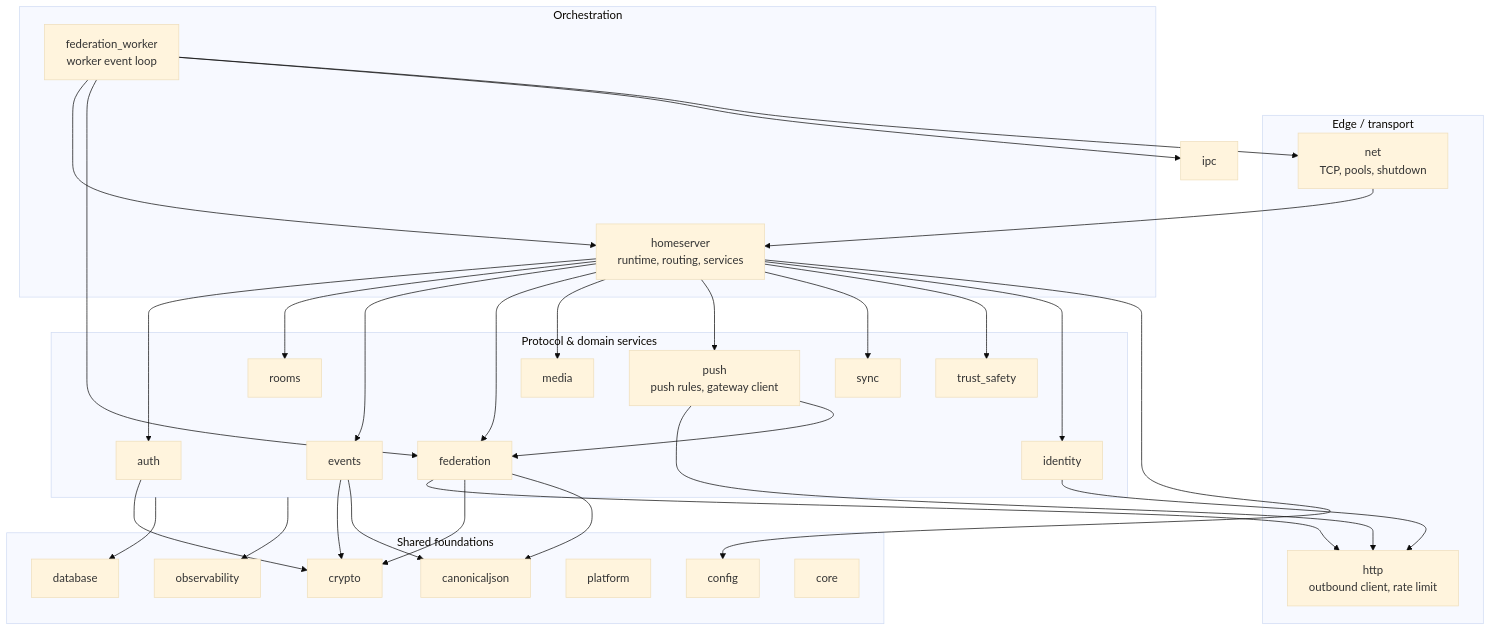
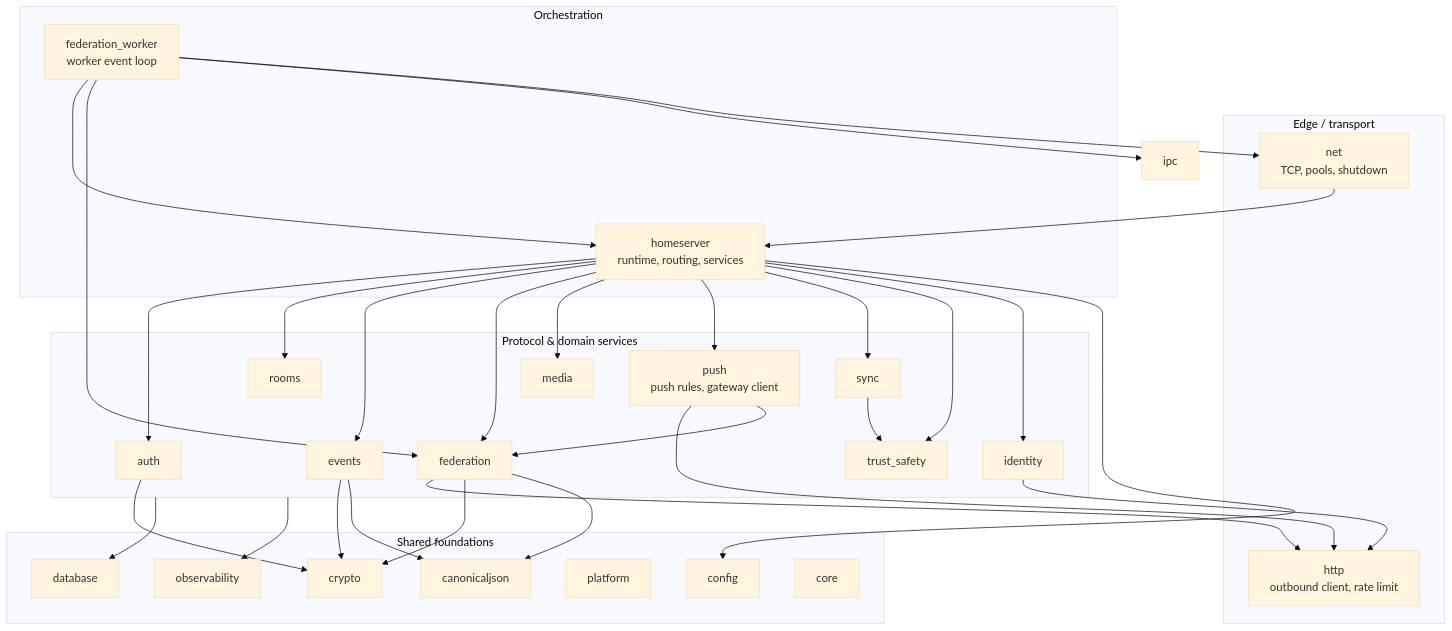
The second of 6 diagrams in docs/architecture.md (OMG-Software/Merovingian), drawn with Mermaid (base theme) before and after one commit. The commit also changed other lines of this file and 19 other files, not shown here.

````diff
--- a/docs/architecture.md
+++ b/docs/architecture.md
@@ -90,44 +90,45 @@
 ```mermaid
 flowchart TB
     subgraph edge["Edge / transport"]
         net["net<br/>TCP, pools, shutdown"]
         http["http<br/>outbound client, rate limit"]
     end
     subgraph orchestration["Orchestration"]
         homeserver["homeserver<br/>runtime, routing, services"]
         fedworker_mod["federation_worker<br/>worker event loop"]
     end
     subgraph services["Protocol & domain services"]
         auth["auth"]
         rooms["rooms"]
         events["events"]
         federation["federation"]
         identity["identity"]
         media["media"]
         push["push<br/>push rules, gateway client"]
         sync["sync"]
         trust_safety["trust_safety"]
     end
     subgraph foundations["Shared foundations"]
         database["database"]
         crypto["crypto"]
         canonicaljson["canonicaljson"]
         observability["observability"]
         platform["platform"]
         config["config"]
         core["core"]
     end
 
     net --> homeserver
     fedworker_mod --> homeserver & federation & ipc & net
     homeserver --> auth & rooms & events & federation & media & push & sync & trust_safety & identity
     federation --> http
     identity --> http
     push --> http & federation
+    sync --> trust_safety
     services --> database
     events --> crypto & canonicaljson
     federation --> crypto & canonicaljson
     auth --> crypto
     services --> observability
     homeserver --> config
 ```
````
